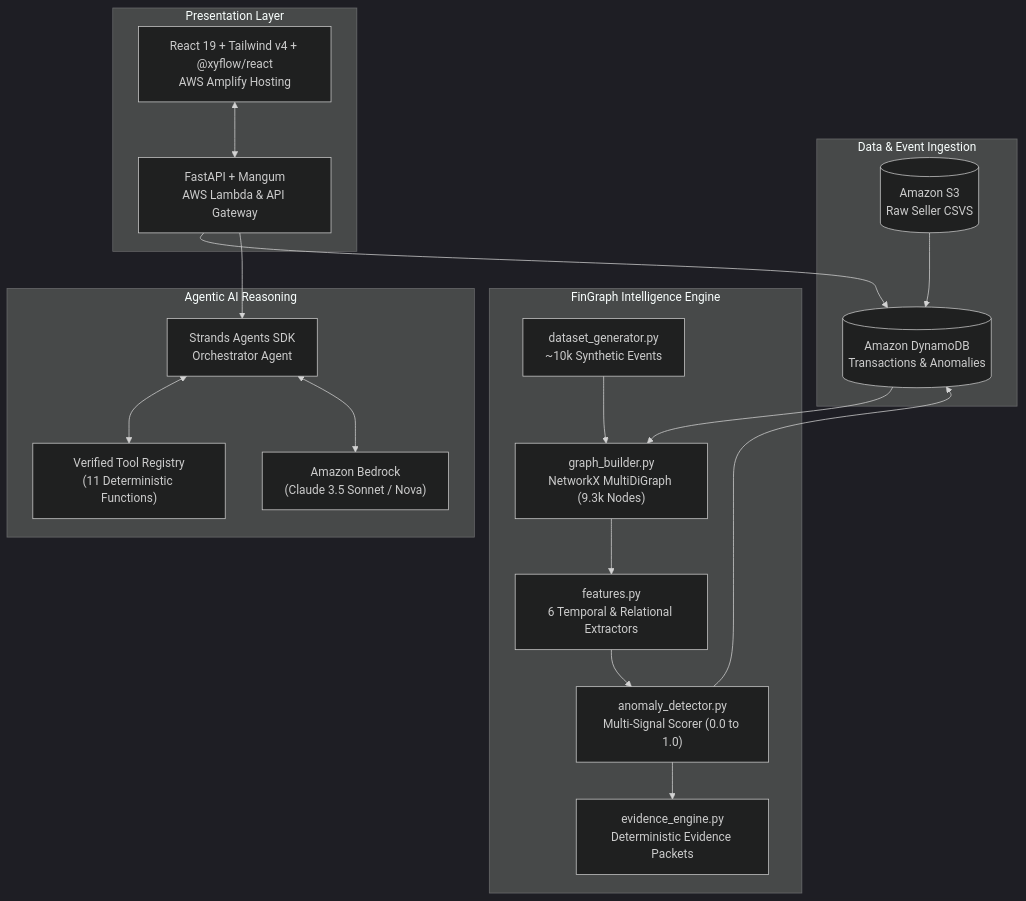
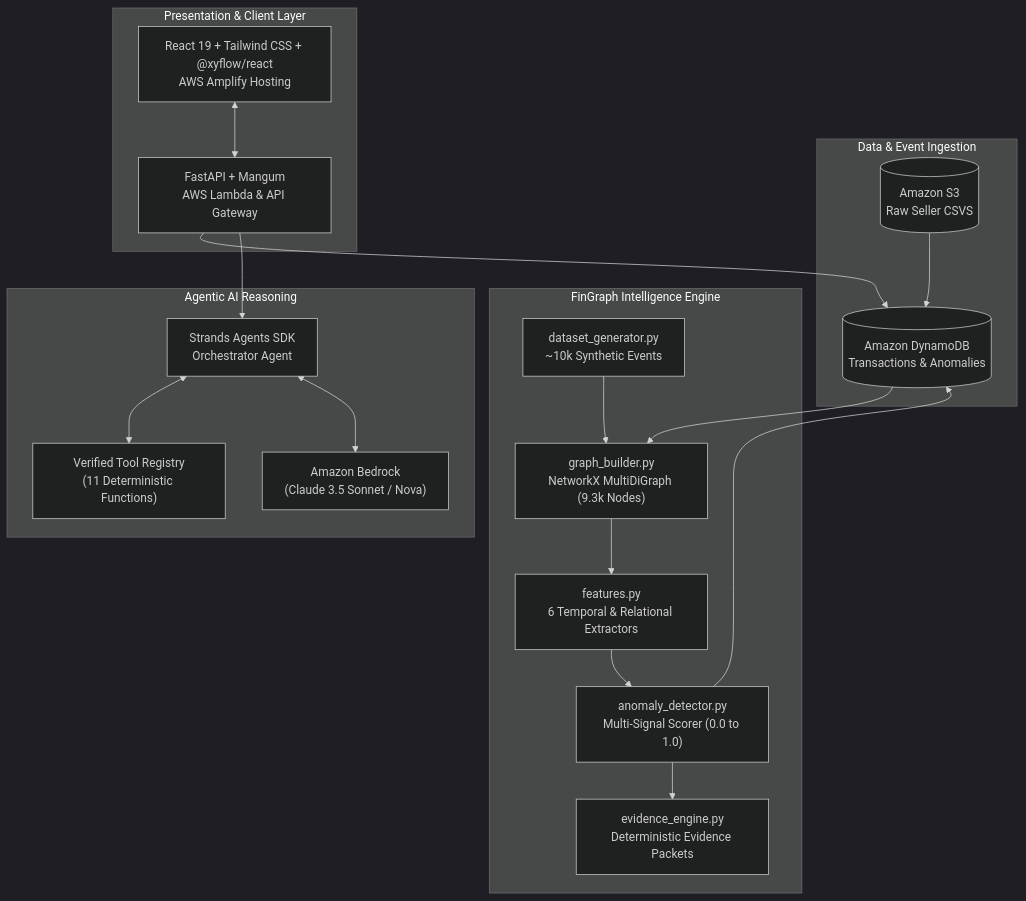
The diagram in README.md (monish-dot/FinGraph-Sentinel), drawn with Mermaid (dark theme) before and after one commit. The commit also changed other lines of this file and 33 other files, not shown here.

Commit message:
feat: release FinGraph Sentinel v1.0.0 with interactive dashboard, agentic reasoning, temporal graph & CI pipeline

````diff
--- a/README.md
+++ b/README.md
@@ -53,37 +84,37 @@
 ```mermaid
 flowchart TD
     subgraph Data Layer ["Data & Event Ingestion"]
         S3[("Amazon S3<br/>Raw Seller CSVS")]
         DDB[("Amazon DynamoDB<br/>Transactions & Anomalies")]
     end
 
     subgraph Intelligence Engine ["FinGraph Intelligence Engine"]
         GEN["dataset_generator.py<br/>~10k Synthetic Events"]
         GRAPH["graph_builder.py<br/>NetworkX MultiDiGraph (9.3k Nodes)"]
         FEAT["features.py<br/>6 Temporal & Relational Extractors"]
         DET["anomaly_detector.py<br/>Multi-Signal Scorer (0.0 to 1.0)"]
         EVID["evidence_engine.py<br/>Deterministic Evidence Packets"]
     end
 
     subgraph Agent Layer ["Agentic AI Reasoning"]
         STRANDS["Strands Agents SDK<br/>Orchestrator Agent"]
         BEDROCK["Amazon Bedrock<br/>(Claude 3.5 Sonnet / Nova)"]
         TOOLS["Verified Tool Registry<br/>(11 Deterministic Functions)"]
     end
 
-    subgraph API & Presentation ["Presentation Layer"]
+    subgraph Presentation Layer ["Presentation & Client Layer"]
         API["FastAPI + Mangum<br/>AWS Lambda & API Gateway"]
-        UI["React 19 + Tailwind v4 + @xyflow/react<br/>AWS Amplify Hosting"]
+        UI["React 19 + Tailwind CSS + @xyflow/react<br/>AWS Amplify Hosting"]
     end
 
     S3 --> DDB
     DDB --> GRAPH
     GEN --> GRAPH
     GRAPH --> FEAT --> DET --> EVID
     DET --> DDB
     API --> DDB
     API --> STRANDS
     STRANDS <--> TOOLS
     STRANDS <--> BEDROCK
     UI <--> API
 ```
````
